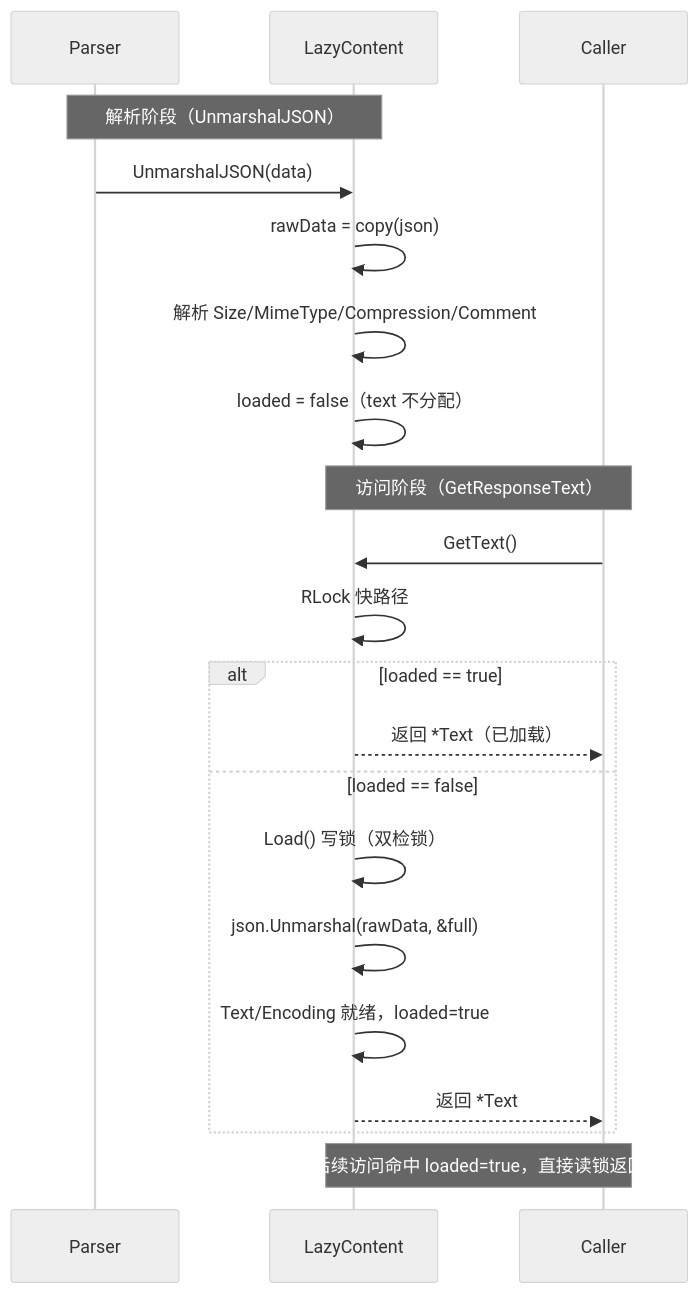
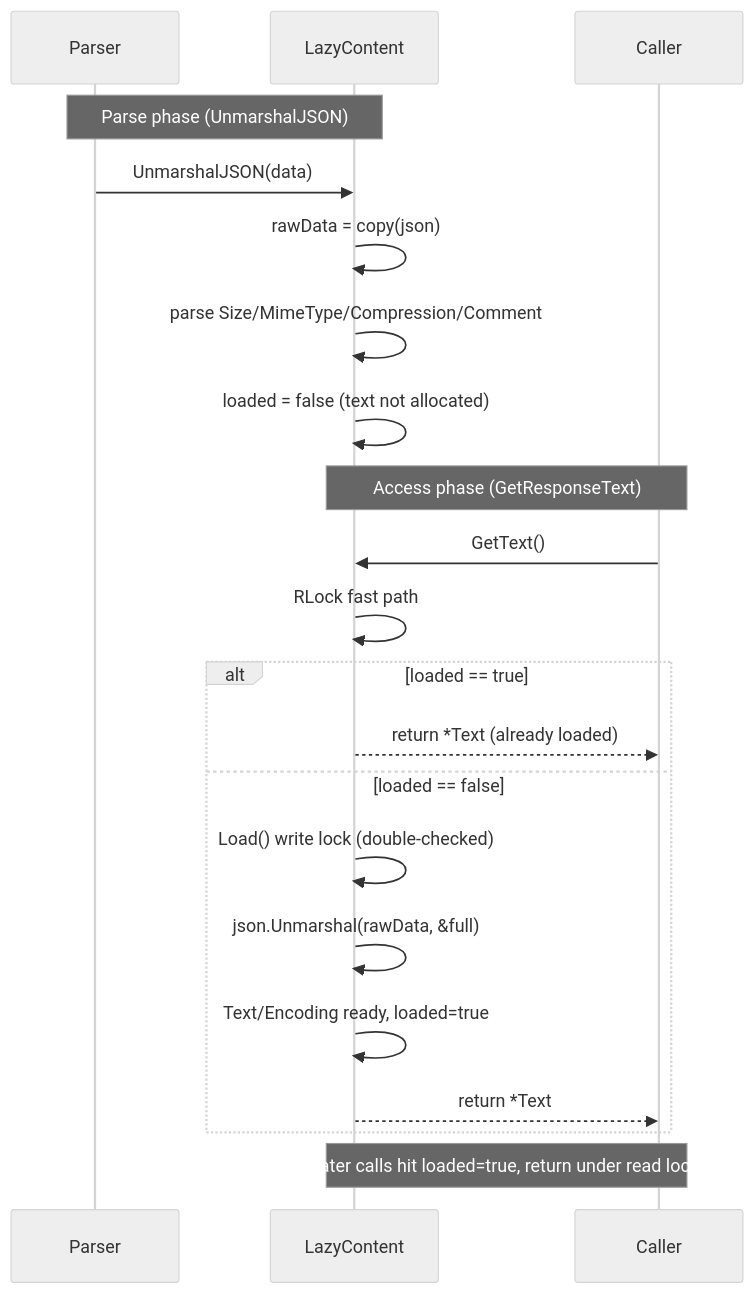
The first of 4 diagrams in website/zh/internals/lazy-loading.md (hitechcloud-vietnam/har-skills), drawn with Mermaid (neutral theme) before and after one commit. The commit also changed other lines of this file and 97 other files, not shown here.

````diff
--- a/website/zh/internals/lazy-loading.md
+++ b/website/zh/internals/lazy-loading.md
@@ -128,23 +128,23 @@
 ```mermaid
 sequenceDiagram
   participant P as Parser
   participant LC as LazyContent
   participant C as Caller
-  Note over P,LC: 解析阶段（UnmarshalJSON）
+  Note over P,LC: Parse phase (UnmarshalJSON)
   P->>LC: UnmarshalJSON(data)
   LC->>LC: rawData = copy(json)
-  LC->>LC: 解析 Size/MimeType/Compression/Comment
-  LC->>LC: loaded = false（text 不分配）
-  Note over C,LC: 访问阶段（GetResponseText）
+  LC->>LC: parse Size/MimeType/Compression/Comment
+  LC->>LC: loaded = false (text not allocated)
+  Note over C,LC: Access phase (GetResponseText)
   C->>LC: GetText()
-  LC->>LC: RLock 快路径
+  LC->>LC: RLock fast path
   alt loaded == true
-    LC-->>C: 返回 *Text（已加载）
+    LC-->>C: return *Text (already loaded)
   else loaded == false
-    LC->>LC: Load() 写锁（双检锁）
+    LC->>LC: Load() write lock (double-checked)
     LC->>LC: json.Unmarshal(rawData, &full)
-    LC->>LC: Text/Encoding 就绪，loaded=true
-    LC-->>C: 返回 *Text
+    LC->>LC: Text/Encoding ready, loaded=true
+    LC-->>C: return *Text
   end
-  Note over C,LC: 后续访问命中 loaded=true，直接读锁返回
+  Note over C,LC: later calls hit loaded=true, return under read lock
 ```
````
